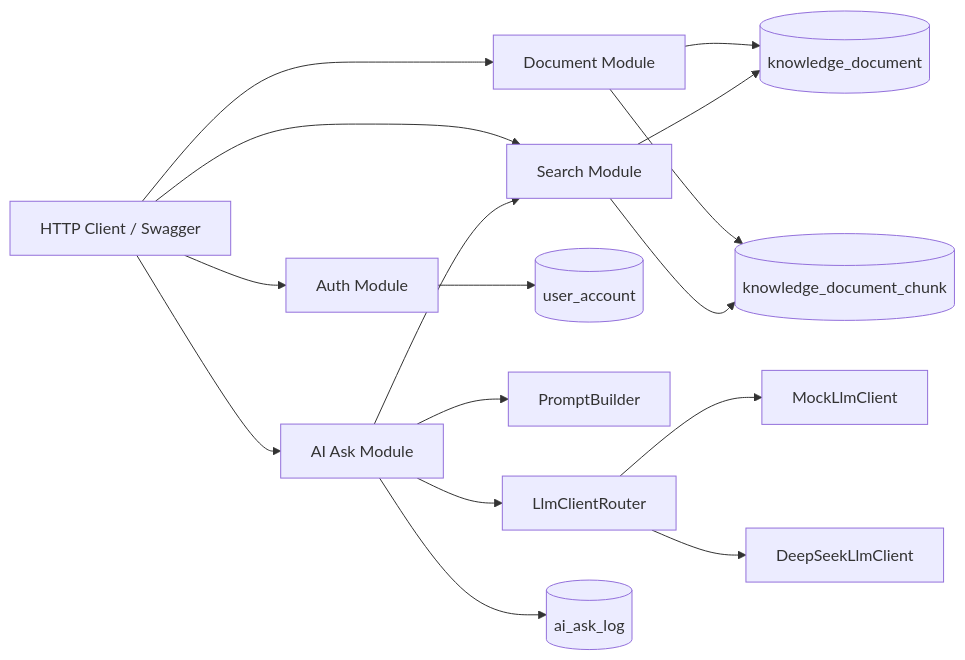
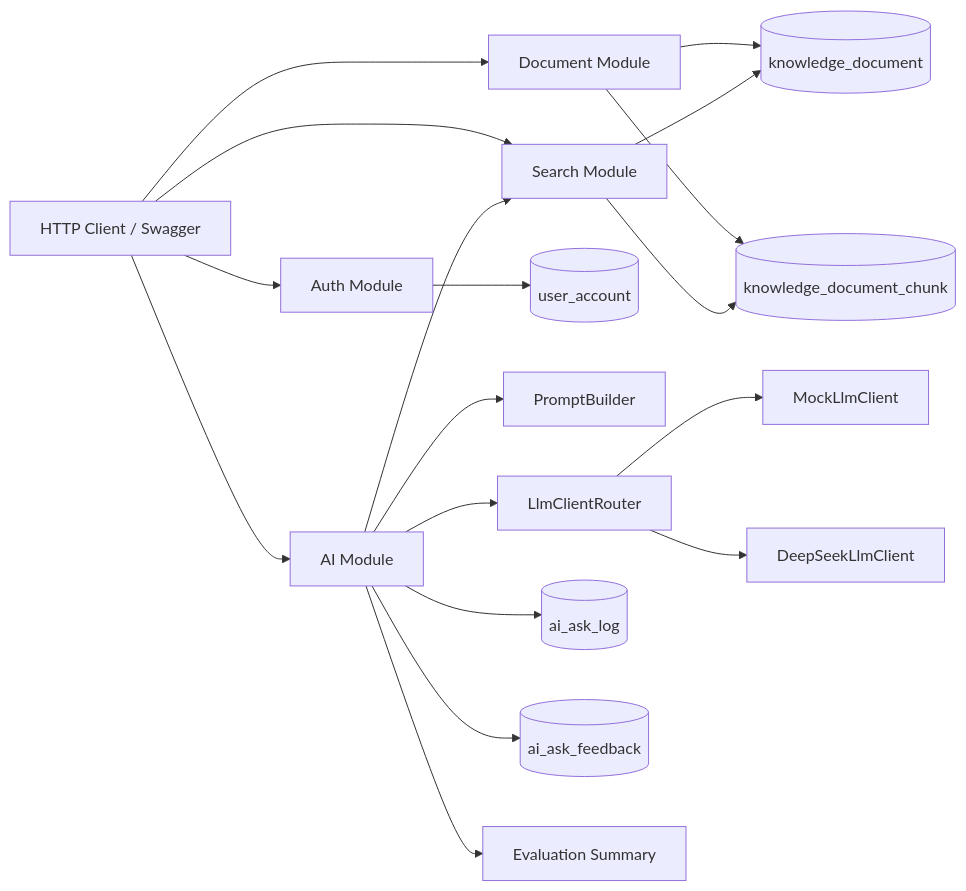
The first of 2 diagrams in README.md (wwjorker/devmind-backend), drawn with Mermaid before and after one commit. The commit also changed other lines of this file and 2 other files, not shown here.

````diff
--- a/README.md
+++ b/README.md
@@ -34,19 +57,22 @@
 ```mermaid
 flowchart LR
     Client["HTTP Client / Swagger"] --> Auth["Auth Module"]
     Client --> Doc["Document Module"]
     Client --> Search["Search Module"]
-    Client --> AI["AI Ask Module"]
+    Client --> AI["AI Module"]
 
     Auth --> UserTable[("user_account")]
     Doc --> DocTable[("knowledge_document")]
     Doc --> ChunkTable[("knowledge_document_chunk")]
     Search --> ChunkTable
     Search --> DocTable
+
     AI --> Search
     AI --> Prompt["PromptBuilder"]
     AI --> Router["LlmClientRouter"]
     Router --> Mock["MockLlmClient"]
     Router --> DeepSeek["DeepSeekLlmClient"]
     AI --> LogTable[("ai_ask_log")]
+    AI --> FeedbackTable[("ai_ask_feedback")]
+    AI --> Summary["Evaluation Summary"]
 ```
````
